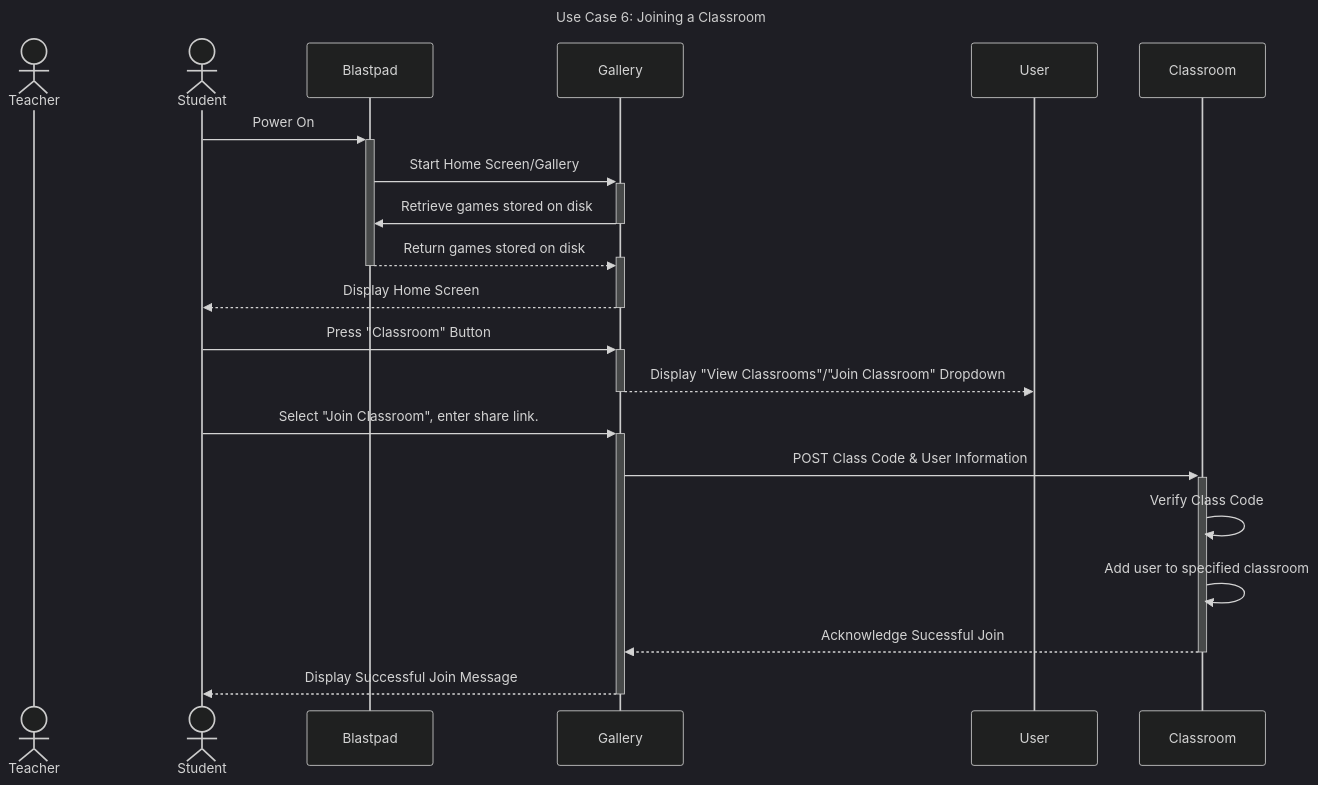
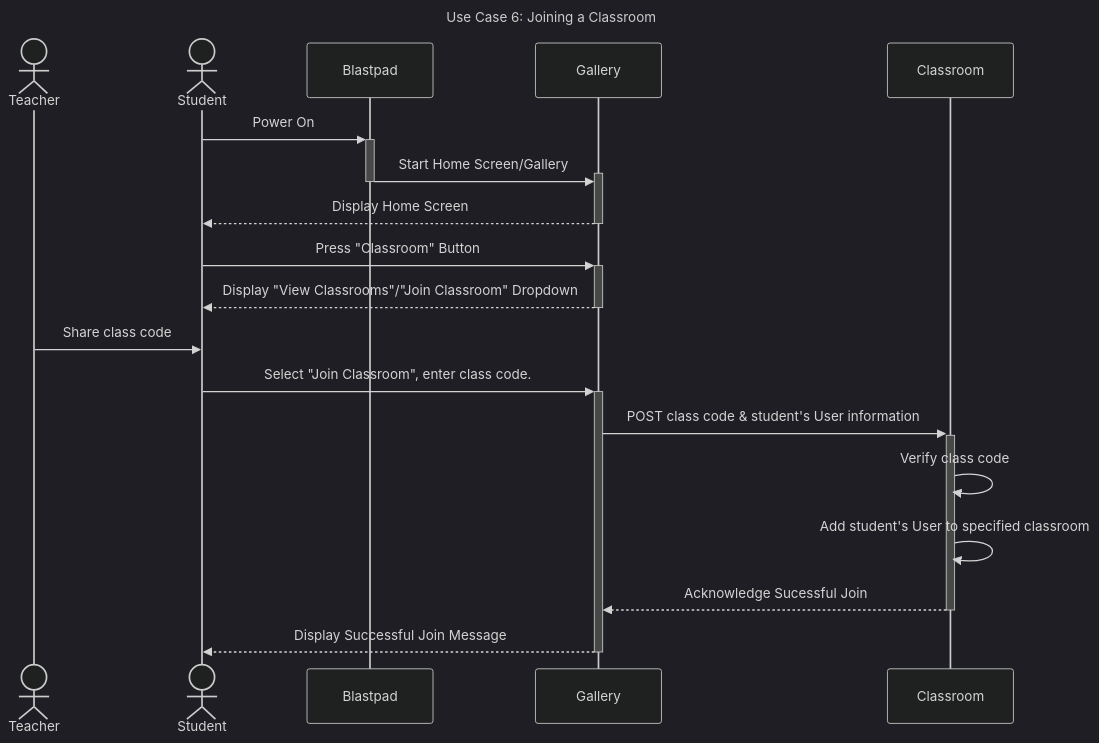
Before and after one commit to Capstone-Projects-2024-Spring/project-blastpad: the sixth of 11 diagrams in documentation/docs/requirements/use-case-descriptions.md, drawn with Mermaid (dark theme). The commit also changed other lines of this file, not shown here.

Commit message:
Fix use case 5 and use case 6 (swapped)

````diff
--- a/documentation/docs/requirements/use-case-descriptions.md
+++ b/documentation/docs/requirements/use-case-descriptions.md
@@ -211,25 +221,23 @@
 ```mermaid
 ---
 title: "Use Case 6: Joining a Classroom"
 ---
 sequenceDiagram
-actor Teacher
-actor Student
-Student->>+Blastpad: Power On
-Blastpad->>+Gallery: Start Home Screen/Gallery
-Gallery->>-Blastpad: Retrieve games stored on disk
-Blastpad-->>+Gallery: Return games stored on disk
-deactivate Blastpad	
-Gallery-->>-Student: Display Home Screen
+	actor Teacher
+	actor Student
+	Student->>+Blastpad: Power On
+	Blastpad->>+Gallery: Start Home Screen/Gallery
+	deactivate Blastpad	
+	Gallery-->>-Student: Display Home Screen
 
 
-Student->>+Gallery: Press "Classroom" Button
-Gallery-->>-User: Display "View Classrooms"/"Join Classroom" Dropdown
-Student->>+Gallery: Select "Join Classroom", enter share link.
-Gallery->>+Classroom: POST Class Code & User Information
-Classroom->>Classroom: Verify Class Code
-Classroom->>Classroom: Add user to specified classroom
-Classroom-->>-Gallery: Acknowledge Sucessful Join
-Gallery-->>-Student: Display Successful Join Message
-
+	Student->>+Gallery: Press "Classroom" Button
+	Gallery-->>-Student: Display "View Classrooms"/"Join Classroom" Dropdown
+	Teacher->>Student: Share class code
+	Student->>+Gallery: Select "Join Classroom", enter class code.
+	Gallery->>+Classroom: POST class code & student's User information
+	Classroom->>Classroom: Verify class code
+	Classroom->>Classroom: Add student's User to specified classroom
+	Classroom-->>-Gallery: Acknowledge Sucessful Join
+	Gallery-->>-Student: Display Successful Join Message
 ```
````
